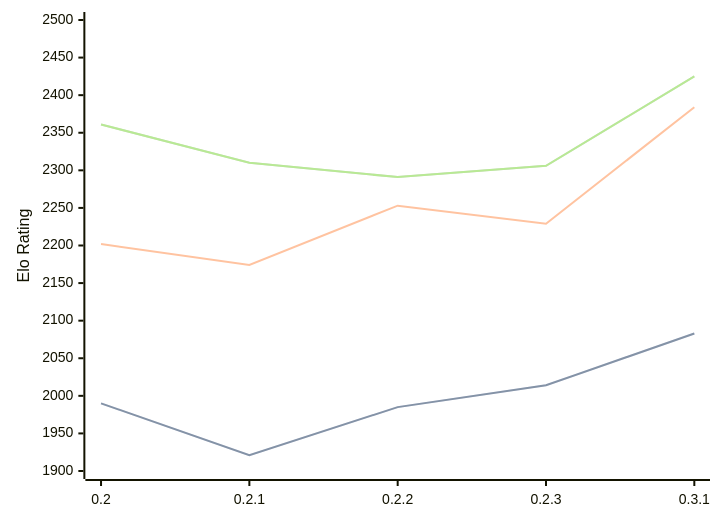
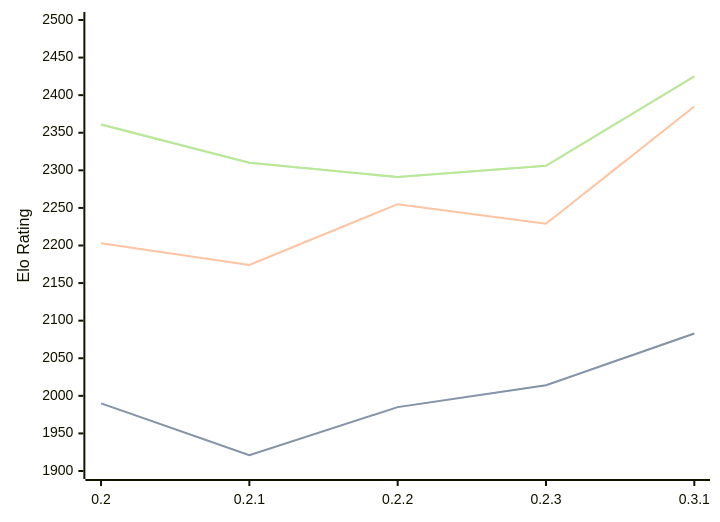
The first of 3 diagrams in engines/Lolbot.md (computer-chess-index/cci), drawn with Mermaid before and after one commit. The commit also changed other lines of this file, not shown here.

````diff
--- a/engines/Lolbot.md
+++ b/engines/Lolbot.md
@@ -36,11 +36,11 @@
 ```mermaid
 %%{init: {"theme":"base","themeVariables":{"seriesColors:['#a3a3a3','#222221','#faa371']}}}%%
 xychart-beta
   x-axis ["0.2", "0.2.1", "0.2.2", "0.2.3", "0.3.1"]
   y-axis "Elo Rating" 1900 --> 2500
   line "STC (8.0+0.08s)" [1990, 1921, 1985, 2014, 2083]
   line "STC (8.0+0.08s)" [1990, 1921, 1985, 2014, 2083]
-  line "LTC (60.0+0.60s)" [2202, 2174, 2253, 2229, 2384]
+  line "LTC (60.0+0.60s)" [2203, 2174, 2255, 2229, 2385]
   line "VLTC (2m24s+1.12s)" [2361, 2310, 2291, 2306, 2425]
   line "VLTC (2m24s+1.12s)" [2361, 2310, 2291, 2306, 2425]
 ```
````
